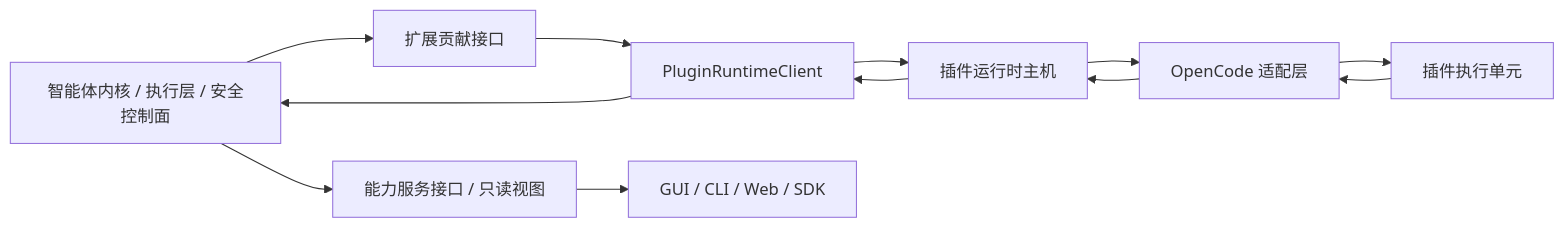
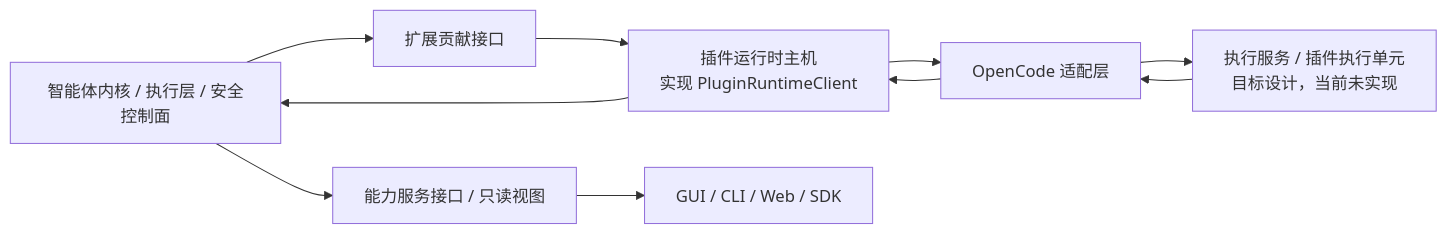
Before and after one commit to 1688mengdie/BitFun: the first of 4 diagrams in docs/architecture/plugin-runtime-host-design.md, drawn with Mermaid. The commit also changed other lines of this file and 6 other files, not shown here.

Commit message:
docs(architecture): clarify plugin execution roadmap

````diff
--- a/docs/architecture/plugin-runtime-host-design.md
+++ b/docs/architecture/plugin-runtime-host-design.md
@@ -19,23 +19,20 @@
 ```mermaid
 flowchart LR
   Kernel["智能体内核 / 执行层 / 安全控制面"]
   Extension["扩展贡献接口"]
-  Client["PluginRuntimeClient"]
-  Host["插件运行时主机"]
+  Host["插件运行时主机<br/>实现 PluginRuntimeClient"]
   Adapter["OpenCode 适配层"]
-  Unit["插件执行单元"]
+  Unit["执行服务 / 插件执行单元<br/>目标设计，当前未实现"]
   Projection["能力服务接口 / 只读视图"]
   Surface["GUI / CLI / Web / SDK"]
 
   Kernel --> Extension
-  Extension --> Client
-  Client --> Host
+  Extension --> Host
   Host --> Adapter
   Adapter --> Unit
   Unit --> Adapter
   Adapter --> Host
-  Host --> Client
-  Client --> Kernel
+  Host --> Kernel
   Kernel --> Projection
   Projection --> Surface
 ```
````
